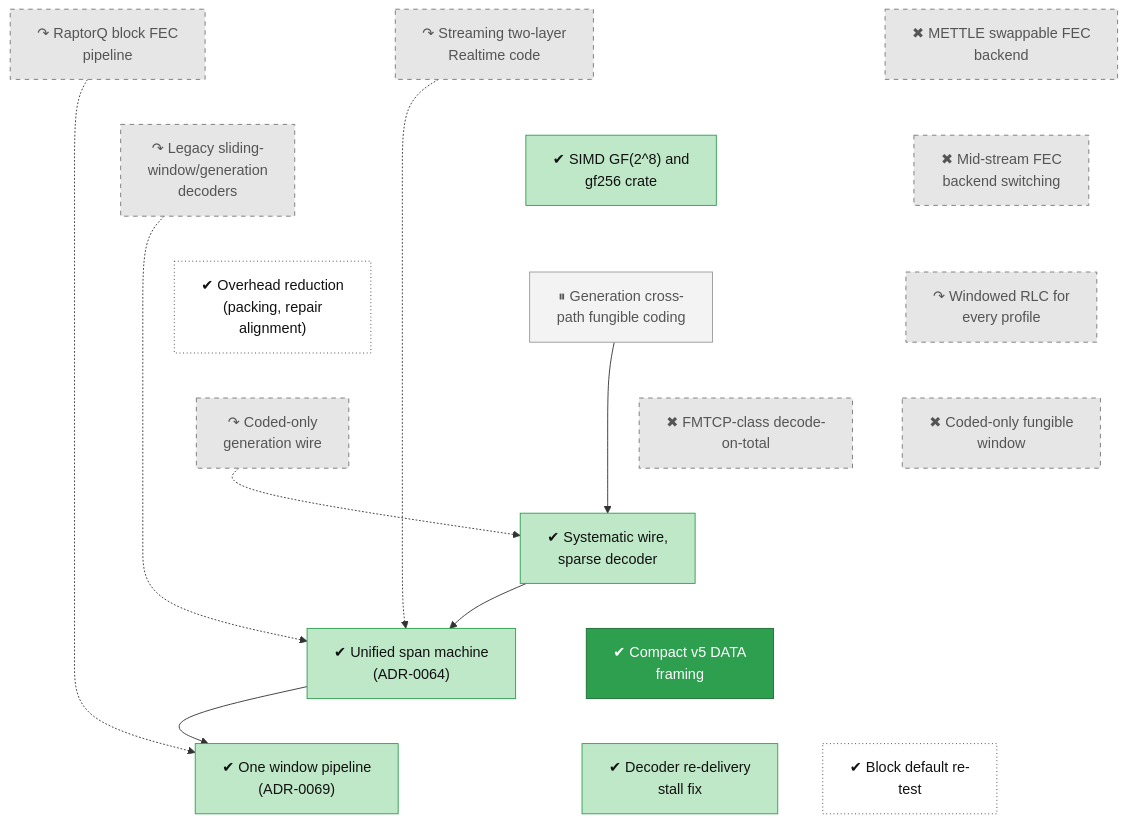
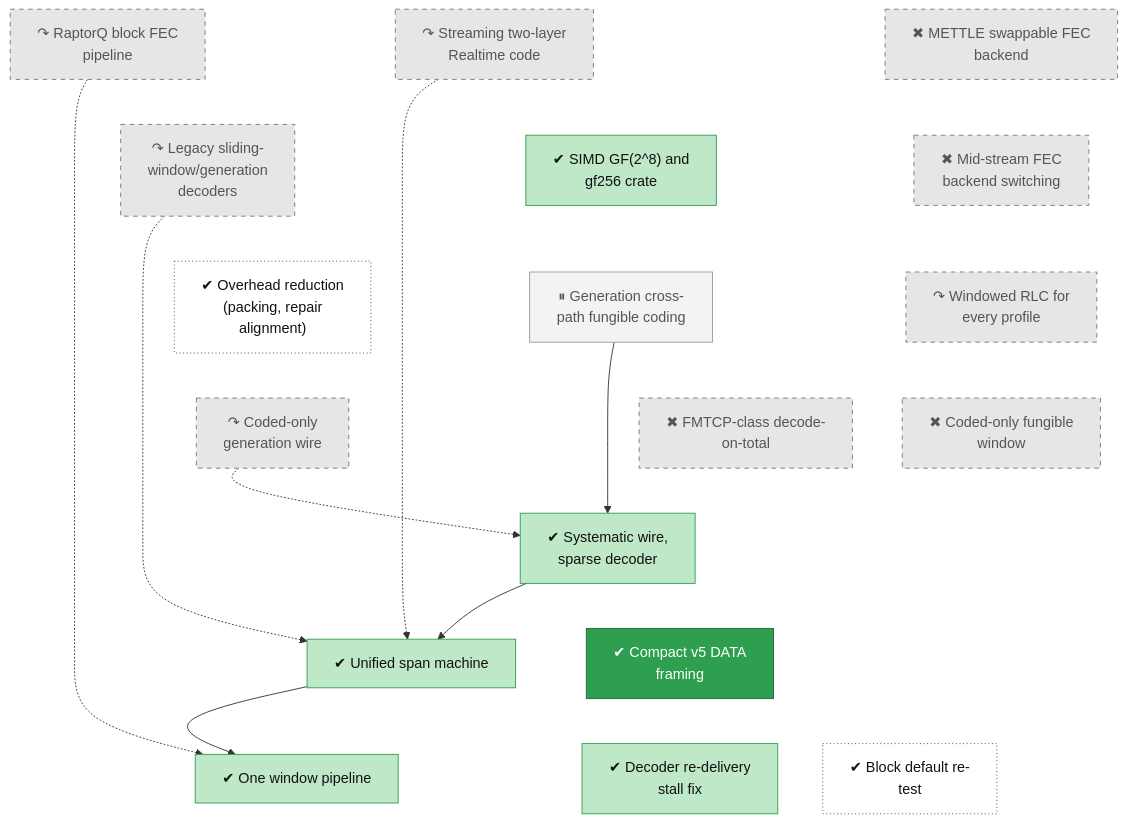
One commit to lhns/raptorpath changed the diagram in docs/roadmap/tracks/cod.md. Above: the diagram before and after it, drawn with Mermaid. The commit also changed other lines of this file and 13 other files, not shown here.

First line of the commit message:
roadmap: titles without internal codes - no ADR numbers, arm and gate names, test-cell names, plan, lever or phase letters; a removed code with no other record is kept in notes

````diff
--- a/docs/roadmap/tracks/cod.md
+++ b/docs/roadmap/tracks/cod.md
@@ -10,63 +10,63 @@
 ```mermaid
 flowchart TB
     cod_block_pipeline["↷ RaptorQ block FEC<br/>pipeline"]
     cod_mettle["✖ METTLE swappable FEC<br/>backend"]
     cod_streaming_code["↷ Streaming two-layer<br/>Realtime code"]
     cod_legacy_rlc["↷ Legacy sliding-<br/>window/generation<br/>decoders"]
     cod_backend_switch["✖ Mid-stream FEC<br/>backend switching"]
     cod_gf256_simd["✔ SIMD GF(2^8) and<br/>gf256 crate"]
     cod_overhead_reduction["✔ Overhead reduction<br/>(packing, repair<br/>alignment)"]
     cod_rlc_all_profiles["↷ Windowed RLC for<br/>every profile"]
     cod_generation_coding["⏸ Generation cross-<br/>path fungible coding"]
     cod_coded_only_wire["↷ Coded-only<br/>generation wire"]
     cod_fungible_window["✖ Coded-only fungible<br/>window"]
     cod_fmtcp["✖ FMTCP-class decode-<br/>on-total"]
     cod_systematic_wire["✔ Systematic wire,<br/>sparse decoder"]
-    cod_unified_span["✔ Unified span machine<br/>(ADR-0064)"]
+    cod_unified_span["✔ Unified span machine"]
     cod_wire_compact["✔ Compact v5 DATA<br/>framing"]
-    cod_one_pipeline["✔ One window pipeline<br/>(ADR-0069)"]
+    cod_one_pipeline["✔ One window pipeline"]
     cod_s4_block_retest["✔ Block default re-<br/>test"]
     cod_debug_stall["✔ Decoder re-delivery<br/>stall fix"]
     cod_block_pipeline ~~~ cod_legacy_rlc
     cod_mettle ~~~ cod_backend_switch
     cod_streaming_code ~~~ cod_gf256_simd
     cod_legacy_rlc ~~~ cod_overhead_reduction
     cod_backend_switch ~~~ cod_rlc_all_profiles
     cod_gf256_simd ~~~ cod_generation_coding
     cod_overhead_reduction ~~~ cod_coded_only_wire
     cod_rlc_all_profiles ~~~ cod_fungible_window
     cod_generation_coding ~~~ cod_fmtcp
     cod_coded_only_wire ~~~ cod_systematic_wire
     cod_fungible_window ~~~ cod_systematic_wire
     cod_fmtcp ~~~ cod_systematic_wire
     cod_systematic_wire ~~~ cod_unified_span
     cod_systematic_wire ~~~ cod_wire_compact
     cod_unified_span ~~~ cod_one_pipeline
     cod_wire_compact ~~~ cod_s4_block_retest
     cod_wire_compact ~~~ cod_debug_stall
     cod_block_pipeline -.-> cod_one_pipeline
     cod_streaming_code -.-> cod_unified_span
     cod_legacy_rlc -.-> cod_unified_span
     cod_coded_only_wire -.-> cod_systematic_wire
     cod_generation_coding --> cod_systematic_wire
     cod_systematic_wire --> cod_unified_span
     cod_unified_span --> cod_one_pipeline
     classDef vsucc fill:#2e9e4f,stroke:#1b6b34,color:#fff
     classDef succ fill:#bfe8c8,stroke:#2e9e4f,color:#111
     classDef mixed fill:#ffd37a,stroke:#c98a00,color:#111
     classDef bad fill:#f28b82,stroke:#b3261e,color:#111
     classDef dead fill:#e6e6e6,stroke:#777,stroke-dasharray:5 5,color:#555
     classDef inprog fill:#a8cdf5,stroke:#1f6fc5,color:#111
     classDef next fill:#fff,stroke:#333,color:#111
     classDef blocked fill:#fff,stroke:#b3261e,stroke-dasharray:2 2,color:#111
     classDef parked fill:#f3f3f3,stroke:#999,color:#555
     classDef unrated fill:#fff,stroke:#333,stroke-dasharray:1 3,color:#111
     classDef userdec fill:#d9c2f0,stroke:#7b3fb5,color:#111
     classDef defect fill:#ffe0b2,stroke:#d84315,stroke-width:2px,color:#111
     classDef waiting fill:#e3f2fd,stroke:#1f6fc5,stroke-dasharray:5 5,color:#111
     class cod_block_pipeline,cod_mettle,cod_streaming_code,cod_legacy_rlc,cod_backend_switch,cod_rlc_all_profiles,cod_coded_only_wire,cod_fungible_window,cod_fmtcp dead
     class cod_gf256_simd,cod_systematic_wire,cod_unified_span,cod_one_pipeline,cod_debug_stall succ
     class cod_overhead_reduction,cod_s4_block_retest unrated
     class cod_generation_coding parked
     class cod_wire_compact vsucc
 ```
````
